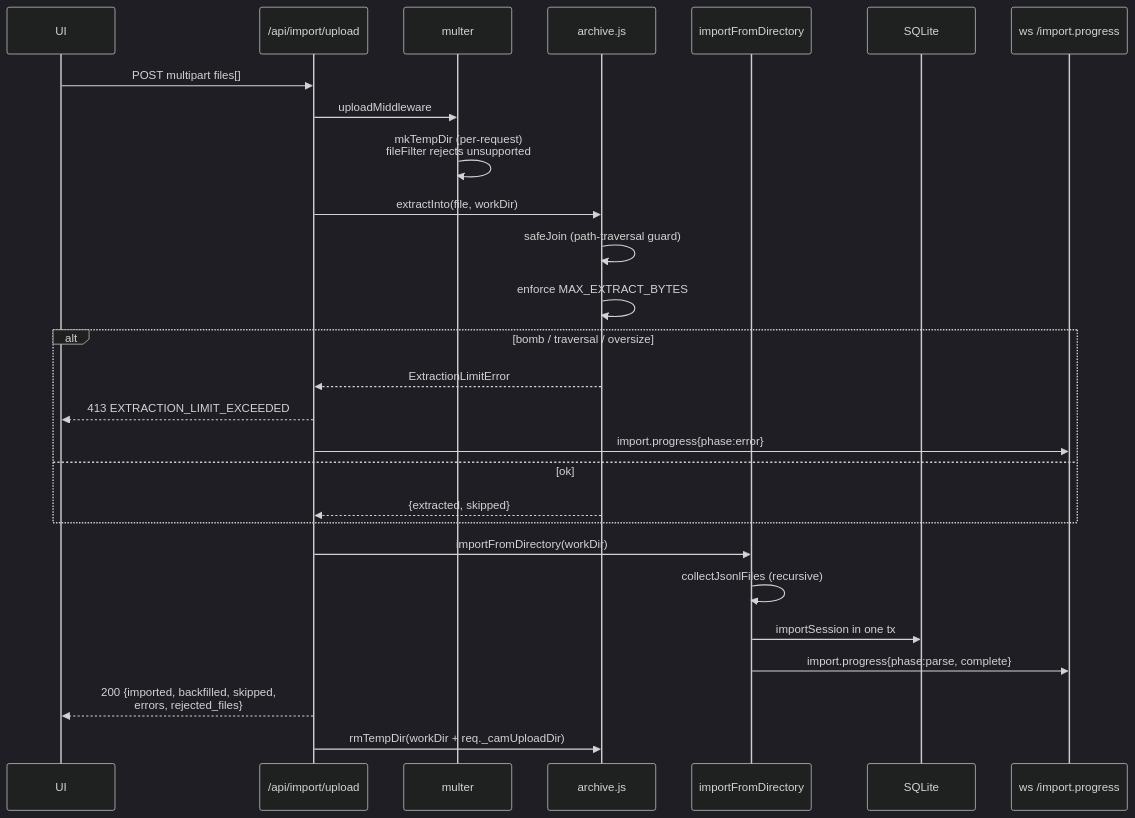
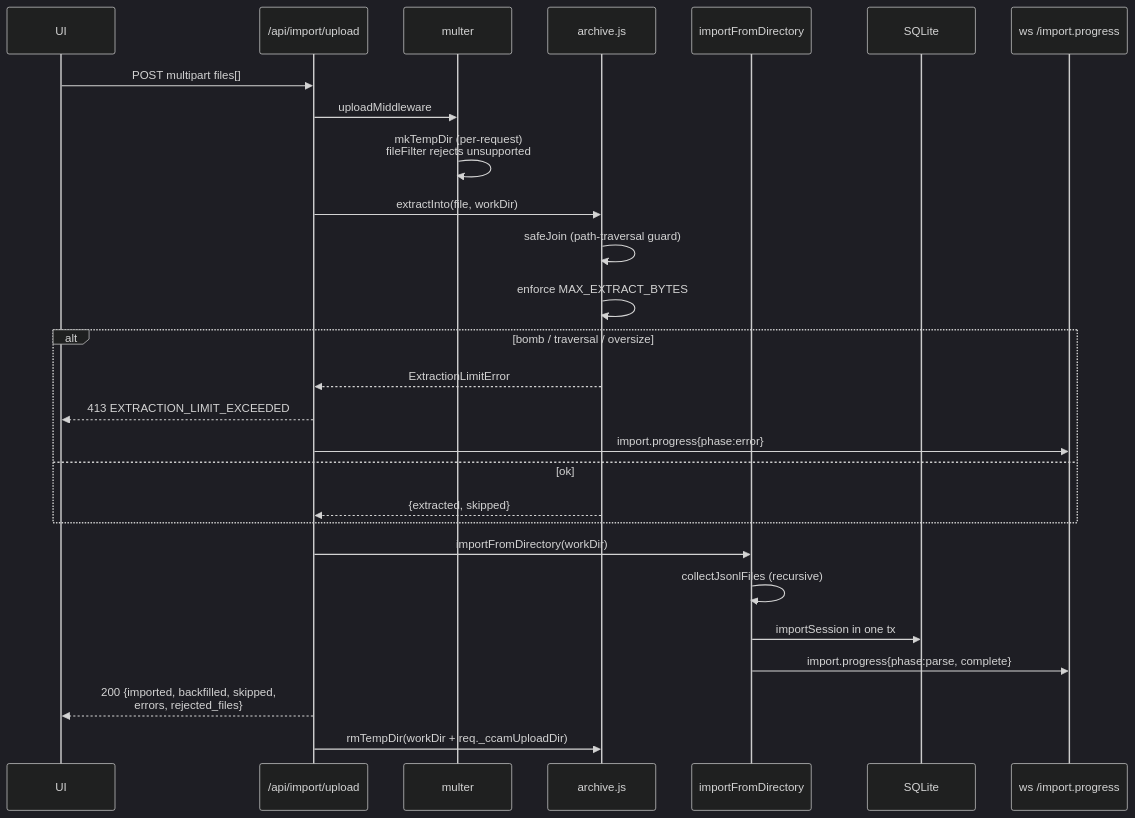
Before and after one commit to buluma/Code-Agent-Monitor: the fifth of 17 diagrams in server/README.md, drawn with Mermaid (dark theme). The commit also changed other lines of this file and 1142 other files, not shown here.

````diff
--- a/server/README.md
+++ b/server/README.md
@@ -1114,30 +814,30 @@
 ```mermaid
 sequenceDiagram
     participant UI
     participant R as /api/import/upload
     participant M as multer
     participant A as archive.js
     participant I as importFromDirectory
     participant DB as SQLite
     participant WS as ws /import.progress
 
     UI->>R: POST multipart files[]
     R->>M: uploadMiddleware
     M->>M: mkTempDir (per-request)<br/>fileFilter rejects unsupported
     R->>A: extractInto(file, workDir)
     A->>A: safeJoin (path-traversal guard)
     A->>A: enforce MAX_EXTRACT_BYTES
     alt bomb / traversal / oversize
       A-->>R: ExtractionLimitError
       R-->>UI: 413 EXTRACTION_LIMIT_EXCEEDED
       R->>WS: import.progress{phase:error}
     else ok
       A-->>R: {extracted, skipped}
     end
     R->>I: importFromDirectory(workDir)
     I->>I: collectJsonlFiles (recursive)
     I->>DB: importSession in one tx
     I->>WS: import.progress{phase:parse, complete}
     R-->>UI: 200 {imported, backfilled, skipped,<br/>errors, rejected_files}
-    R->>A: rmTempDir(workDir + req._camUploadDir)
+    R->>A: rmTempDir(workDir + req._ccamUploadDir)
 ```
````
